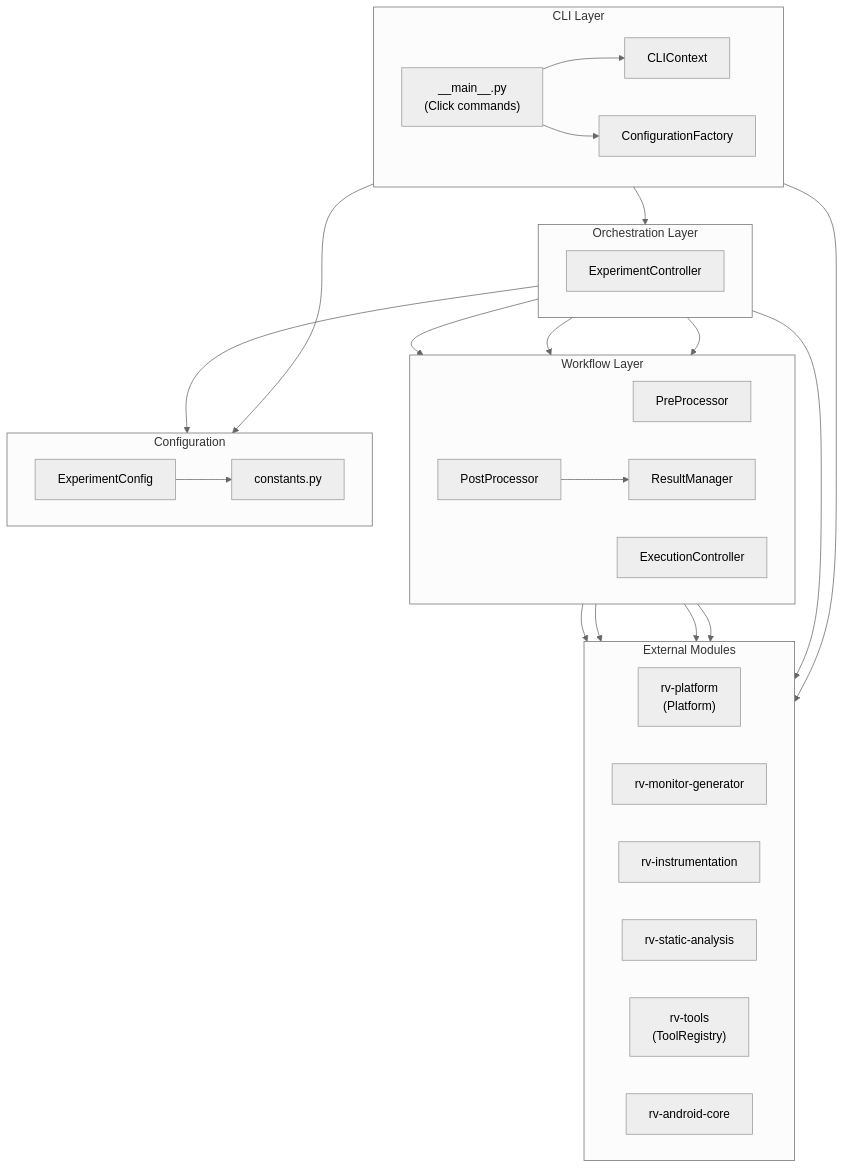
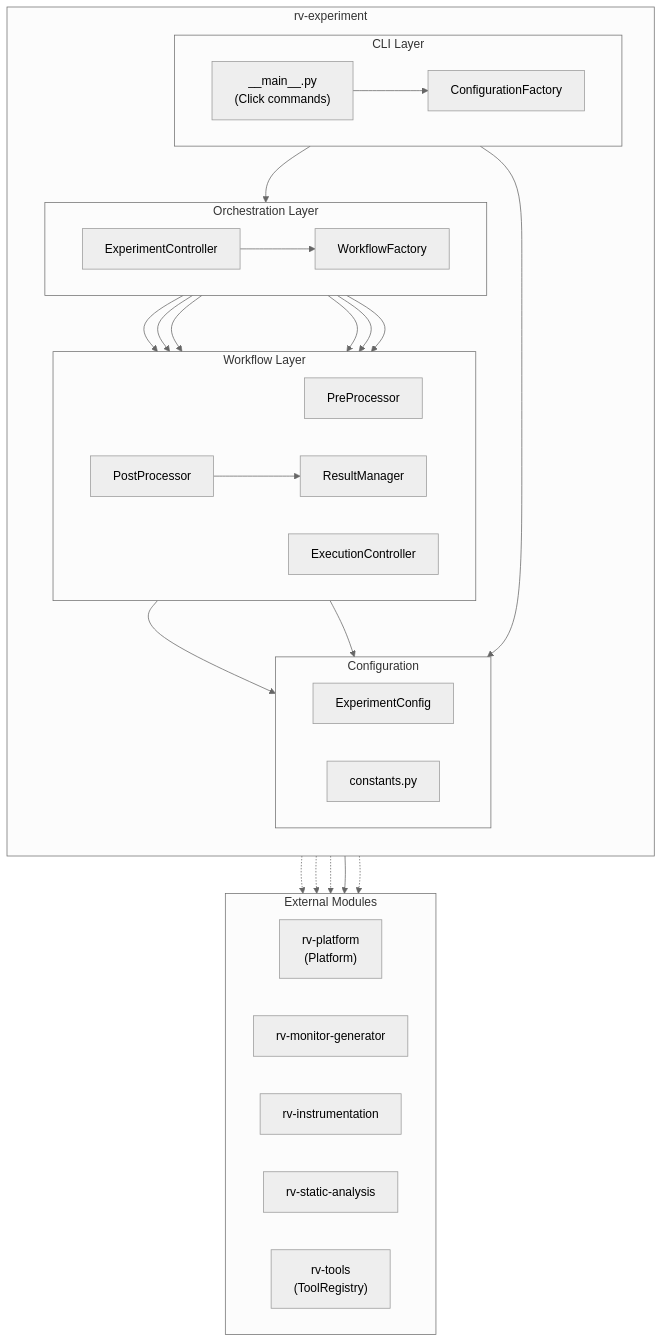
Before and after one commit to PAMunb/rvsec: the first of 4 diagrams in rv-android/modules/rv-experiment/docs/architecture.md, drawn with Mermaid. The commit also changed other lines of this file and 17 other files, not shown here.

First line of the commit message:
docs(tg5): architecture docs for all 13 modules + aperv spec rewrite + script updates (refs #48)

````diff
--- a/rv-android/modules/rv-experiment/docs/architecture.md
+++ b/rv-android/modules/rv-experiment/docs/architecture.md
@@ -90,59 +132,58 @@
 ```mermaid
 %%{init: {'theme': 'neutral'}}%%
 flowchart TB
-    subgraph CLI["CLI Layer"]
-        direction LR
-        MainCLI["__main__.py<br/>(Click commands)"]
-        CLICtx["CLIContext"]
-        ConfFactory["ConfigurationFactory"]
+    subgraph RVExperiment["rv-experiment"]
+        direction TB
+        subgraph CLI["CLI Layer"]
+            direction LR
+            MainCLI["__main__.py\n(Click commands)"]
+            ConfigFactory["ConfigurationFactory"]
+        end
+        subgraph Orchestration["Orchestration Layer"]
+            direction LR
+            Controller["ExperimentController"]
+            WFactory["WorkflowFactory"]
+        end
+        subgraph Workflow["Workflow Layer"]
+            direction LR
+            PreProc["PreProcessor"]
+            ExecCtrl["ExecutionController"]
+            PostProc["PostProcessor"]
+            ResMgr["ResultManager"]
+        end
+        subgraph ConfigBlock["Configuration"]
+            direction LR
+            ExpConfig["ExperimentConfig"]
+            Constants["constants.py"]
+        end
     end
 
-    subgraph Orchestration["Orchestration Layer"]
+    MainCLI --> ConfigFactory
+    ConfigFactory --> ExpConfig
+    MainCLI --> Controller
+    Controller --> WFactory
+    WFactory --> PreProc
+    WFactory --> ExecCtrl
+    WFactory --> PostProc
+    Controller --> PreProc
+    Controller --> ExecCtrl
+    Controller --> PostProc
+    PostProc --> ResMgr
+    PreProc --> ExpConfig
+    ExecCtrl --> ExpConfig
+
+    subgraph ExternalModules["External Modules"]
         direction LR
-        ExpCtrl["ExperimentController"]
+        PlatformMod["rv-platform\n(Platform)"]
+        MonGen["rv-monitor-generator"]
+        Instr["rv-instrumentation"]
+        StaticA["rv-static-analysis"]
+        ToolsMod["rv-tools\n(ToolRegistry)"]
     end
 
-    subgraph Workflow["Workflow Layer"]
-        direction LR
-        PreProc["PreProcessor"]
-        ExecCtrl["ExecutionController"]
-        PostProc["PostProcessor"]
-        ResMgr["ResultManager"]
-    end
-
-    subgraph ConfigLayer["Configuration"]
-        direction LR
-        ExpConfig["ExperimentConfig"]
-        ConstantsNode["constants.py"]
-    end
-
-    subgraph ExternalDeps["External Modules"]
-        direction LR
-        PlatformNode["rv-platform<br/>(Platform)"]
-        MonGen["rv-monitor-generator"]
-        InstrNode["rv-instrumentation"]
-        StaticA["rv-static-analysis"]
-        ToolsNode["rv-tools<br/>(ToolRegistry)"]
-        CoreNode["rv-android-core"]
-    end
-
-    MainCLI --> CLICtx
-    MainCLI --> ConfFactory
-    MainCLI --> ExpCtrl
-    ConfFactory --> ExpConfig
-
-    ExpCtrl --> PreProc
-    ExpCtrl --> ExecCtrl
-    ExpCtrl --> PostProc
-    PostProc --> ResMgr
-
-    PreProc --> MonGen
-    PreProc --> InstrNode
-    PreProc --> StaticA
-    ExecCtrl --> PlatformNode
-    MainCLI --> ToolsNode
-
-    ExpConfig --> ConstantsNode
-    ExpCtrl --> ExpConfig
-    ExpCtrl --> CoreNode
+    PreProc -.-> MonGen
+    PreProc -.-> Instr
+    PreProc -.-> StaticA
+    ExecCtrl --> PlatformMod
+    MainCLI -.-> ToolsMod
 ```
````
